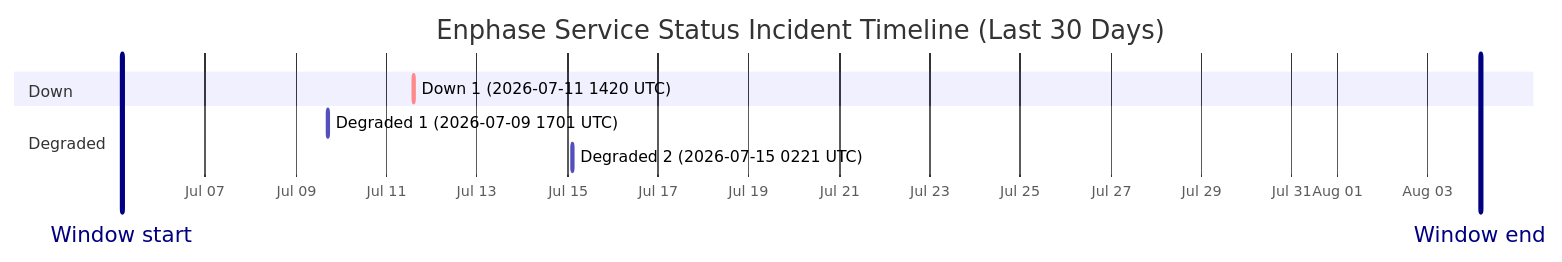
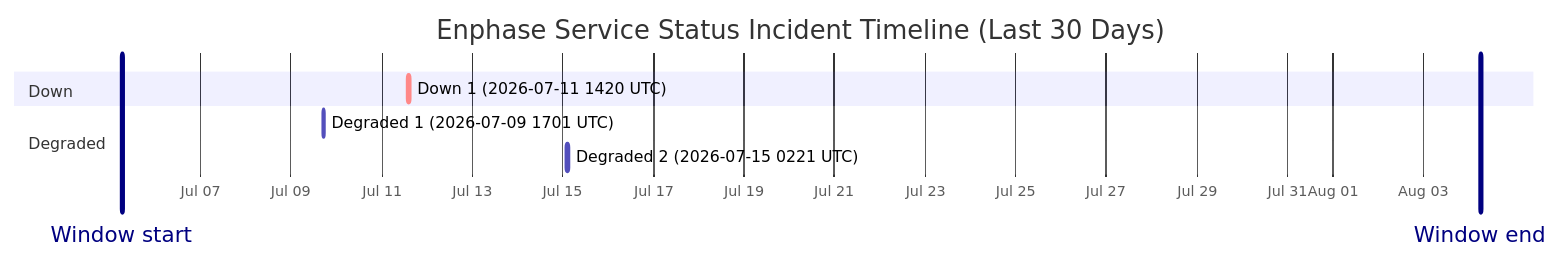
One commit to barneyonline/ha-enphase-energy changed the diagram in wiki/Service-Status-History.md. Above: the diagram before and after it, drawn with Mermaid. The commit also changed other lines of this file and 3 other files, not shown here.

````diff
--- a/wiki/Service-Status-History.md
+++ b/wiki/Service-Status-History.md
@@ -14,13 +14,13 @@
 ```mermaid
 gantt
     title Enphase Service Status Incident Timeline (Last 30 Days)
     dateFormat  YYYY-MM-DDTHH:mm:ss
     axisFormat  %b %d
-    Window start :vert, window-start, 2026-07-05T03:47:12, 0ms
-    Window end :vert, window-end, 2026-08-04T03:47:12, 0ms
+    Window start :vert, window-start, 2026-07-05T06:25:40, 0ms
+    Window end :vert, window-end, 2026-08-04T06:25:40, 0ms
     section Down
     Down 1 (2026-07-11 1420 UTC) :crit, down-1, 2026-07-11T14:20:54, 69m
     section Degraded
     Degraded 1 (2026-07-09 1701 UTC) :active, degraded-1, 2026-07-09T17:01:02, 60m
     Degraded 2 (2026-07-15 0221 UTC) :active, degraded-2, 2026-07-15T02:21:35, 60m
 ```
````
